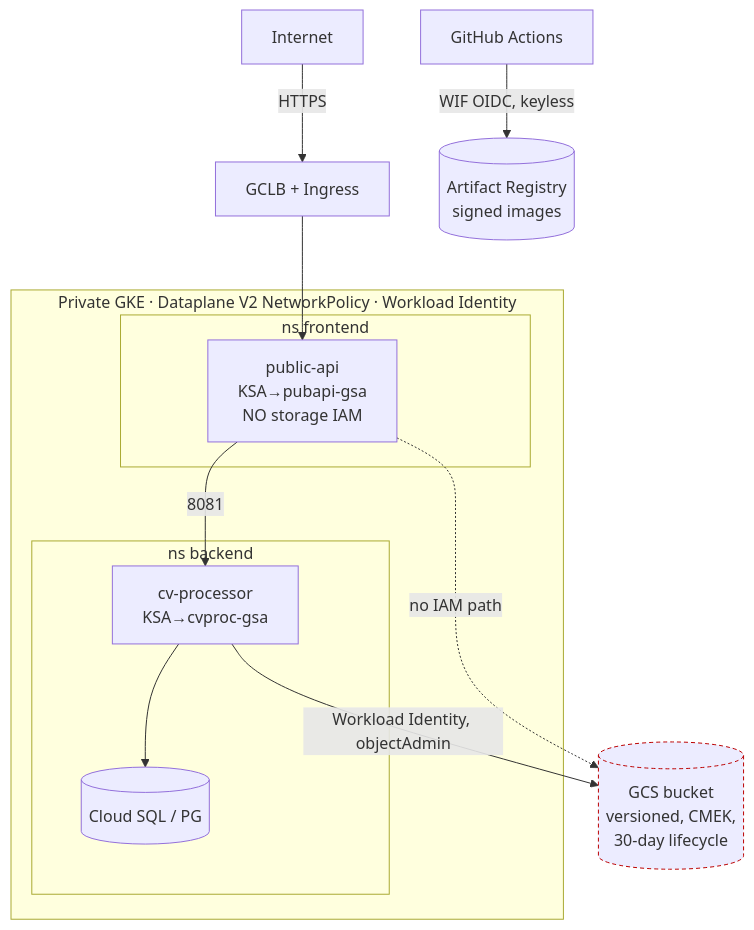
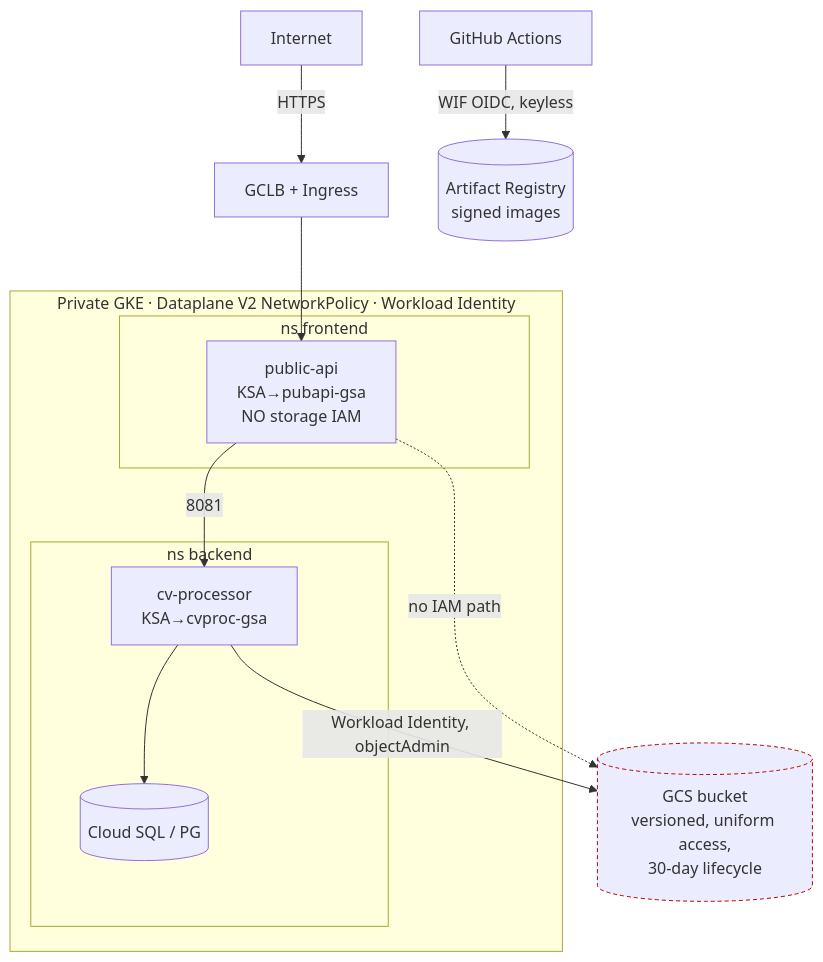
Before and after one commit to AnkurDhamija/cv-platform: the second of 2 diagrams in docs/ARCHITECTURE_AND_THREATS.md, drawn with Mermaid. The commit also changed other lines of this file and 9 other files, not shown here.

````diff
--- a/docs/ARCHITECTURE_AND_THREATS.md
+++ b/docs/ARCHITECTURE_AND_THREATS.md
@@ -60,25 +60,25 @@
 ```mermaid
 flowchart TB
   U[Internet] -->|HTTPS| LB[GCLB + Ingress]
   LB --> PA
 
   subgraph GKE[Private GKE · Dataplane V2 NetworkPolicy · Workload Identity]
     subgraph FEg[ns frontend]
       PA[public-api\nKSA→pubapi-gsa\nNO storage IAM]
     end
     subgraph BEg[ns backend]
       CP[cv-processor\nKSA→cvproc-gsa]
       PGc[(Cloud SQL / PG)]
     end
     PA -->|8081| CP
     CP --> PGc
   end
 
-  CP -->|Workload Identity, objectAdmin| GCS[(GCS bucket\nversioned, CMEK,\n30-day lifecycle)]
+  CP -->|Workload Identity, objectAdmin| GCS[(GCS bucket\nversioned, uniform access,\n30-day lifecycle)]
   PA -. no IAM path .-> GCS
 
   GH[GitHub Actions] -->|WIF OIDC, keyless| AR[(Artifact Registry\nsigned images)]
 
   classDef deny stroke-dasharray:4 3,stroke:#b00;
   class GCS deny;
 ```
````
